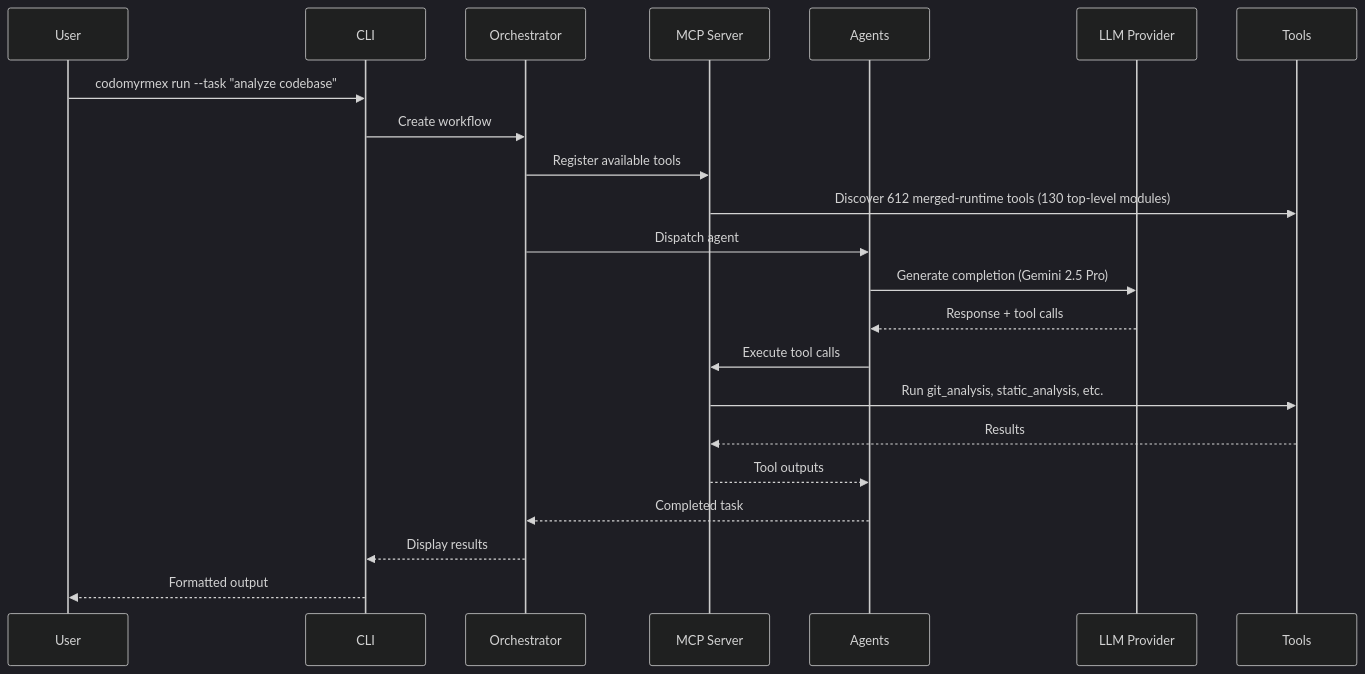
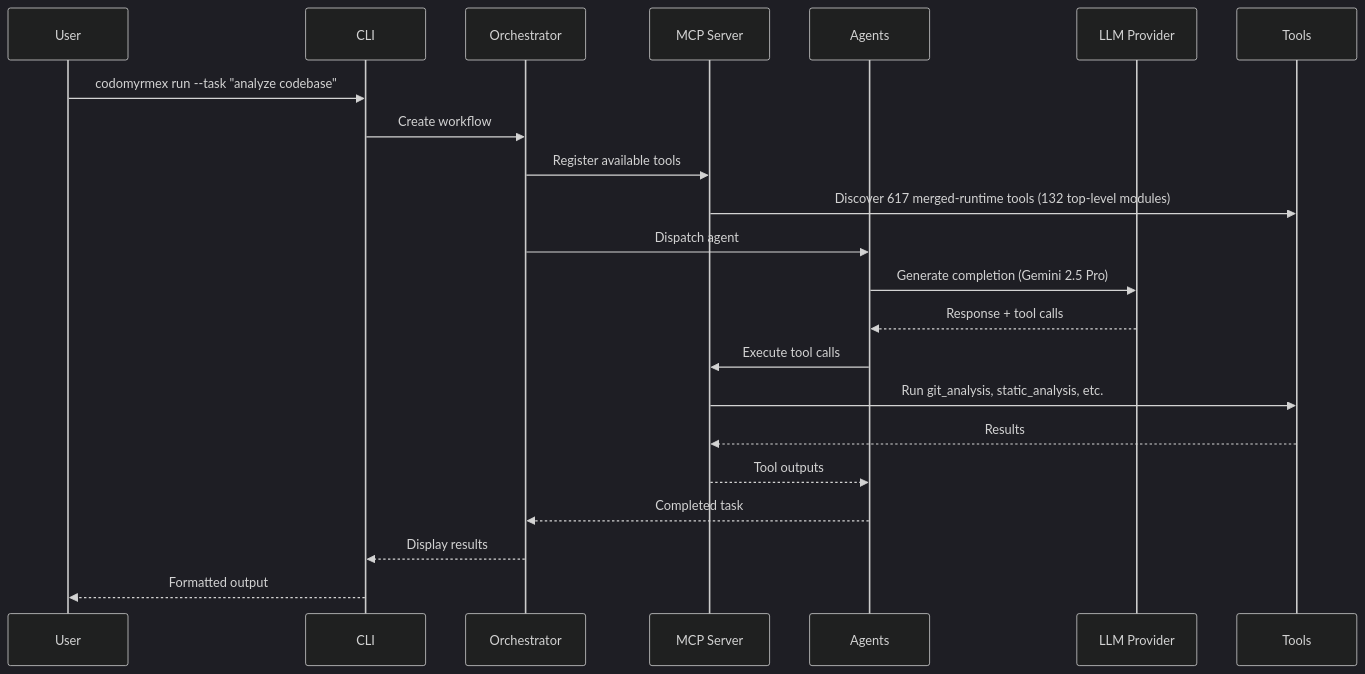
One commit to docxology/codomyrmex changed the third of 7 diagrams in .github/README.md. Above: the diagram before and after it, drawn with Mermaid (dark theme). The commit also changed other lines of this file and 5 other files, not shown here.

````diff
--- a/.github/README.md
+++ b/.github/README.md
@@ -480,25 +480,25 @@
 ```mermaid
 sequenceDiagram
     participant User
     participant CLI
     participant Orchestrator
     participant MCP as MCP Server
     participant Agents
     participant LLM as LLM Provider
     participant Tools
 
     User->>CLI: codomyrmex run --task "analyze codebase"
     CLI->>Orchestrator: Create workflow
     Orchestrator->>MCP: Register available tools
-    MCP->>Tools: Discover 612 merged-runtime tools (130 top-level modules)
+    MCP->>Tools: Discover 617 merged-runtime tools (132 top-level modules)
     Orchestrator->>Agents: Dispatch agent
     Agents->>LLM: Generate completion (Gemini 2.5 Pro)
     LLM-->>Agents: Response + tool calls
     Agents->>MCP: Execute tool calls
     MCP->>Tools: Run git_analysis, static_analysis, etc.
     Tools-->>MCP: Results
     MCP-->>Agents: Tool outputs
     Agents-->>Orchestrator: Completed task
     Orchestrator-->>CLI: Display results
     CLI-->>User: Formatted output
 ```
````
